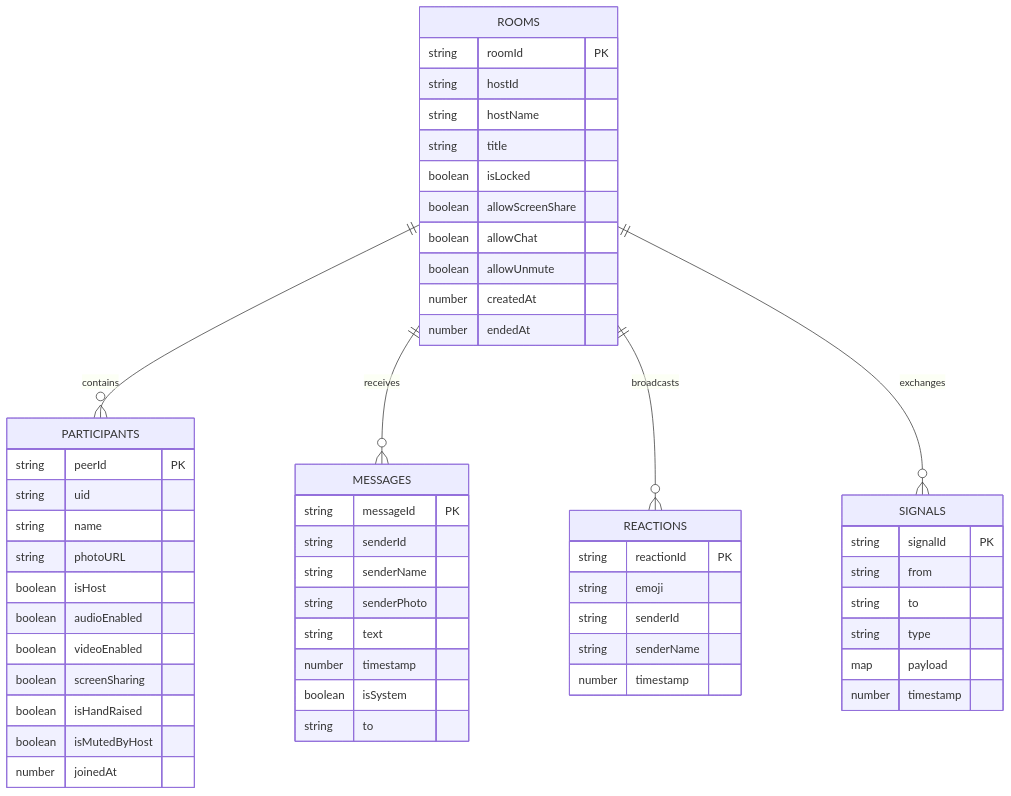
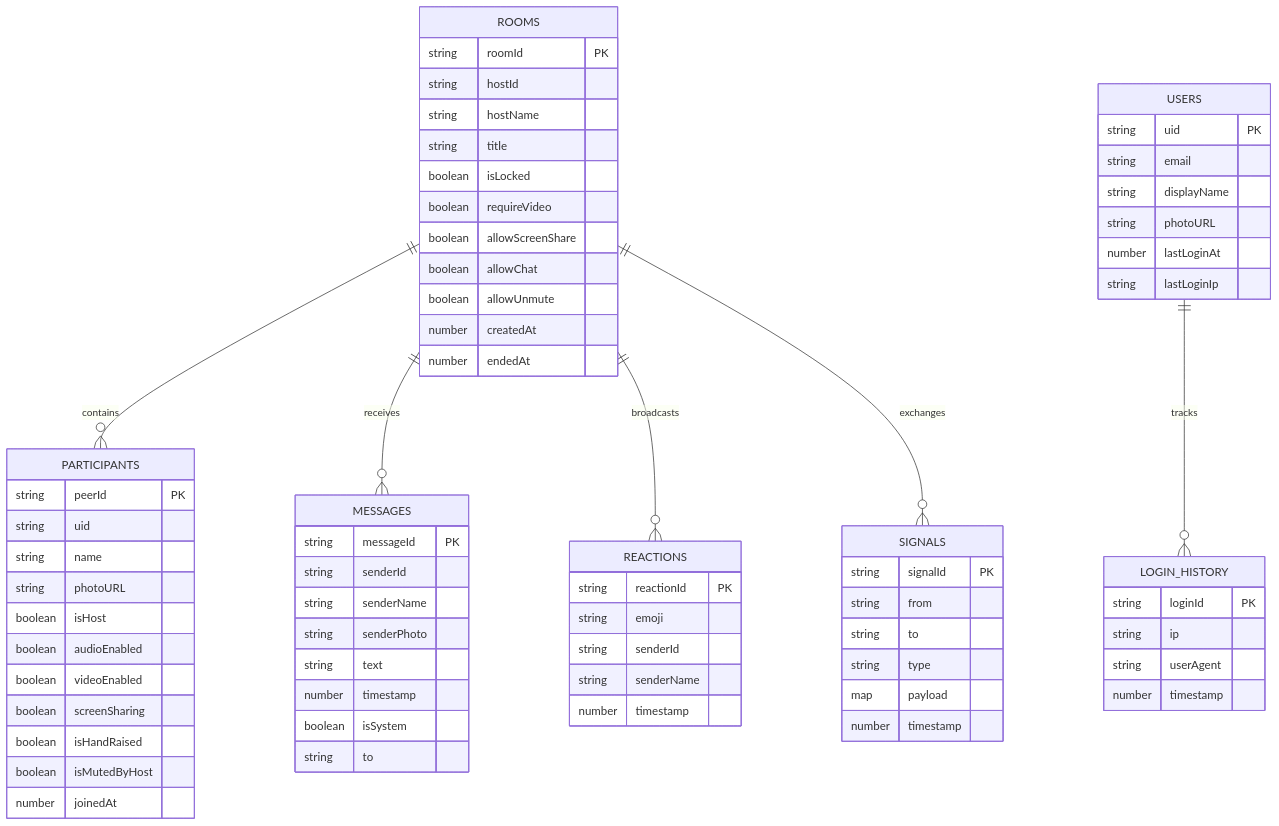
One commit to Harshjsh02/Sabha- changed the diagram in docs/DATABASE.md. Above: the diagram before and after it, drawn with Mermaid. The commit also changed other lines of this file and 13 other files, not shown here.

````diff
--- a/docs/DATABASE.md
+++ b/docs/DATABASE.md
@@ -20,62 +20,80 @@
 ```mermaid
 erDiagram
     ROOMS ||--o{ PARTICIPANTS : "contains"
     ROOMS ||--o{ MESSAGES : "receives"
     ROOMS ||--o{ REACTIONS : "broadcasts"
     ROOMS ||--o{ SIGNALS : "exchanges"
+    USERS ||--o{ LOGIN_HISTORY : "tracks"
 
     ROOMS {
         string roomId PK
         string hostId
         string hostName
         string title
         boolean isLocked
+        boolean requireVideo
         boolean allowScreenShare
         boolean allowChat
         boolean allowUnmute
         number createdAt
         number endedAt
+    }
+
+    USERS {
+        string uid PK
+        string email
+        string displayName
+        string photoURL
+        number lastLoginAt
+        string lastLoginIp
+    }
+
+    LOGIN_HISTORY {
+        string loginId PK
+        string ip
+        string userAgent
+        number timestamp
     }
 
     PARTICIPANTS {
         string peerId PK
         string uid
         string name
         string photoURL
         boolean isHost
         boolean audioEnabled
         boolean videoEnabled
         boolean screenSharing
         boolean isHandRaised
         boolean isMutedByHost
         number joinedAt
     }
 
     MESSAGES {
         string messageId PK
         string senderId
         string senderName
         string senderPhoto
         string text
         number timestamp
         boolean isSystem
         string to
     }
 
     REACTIONS {
         string reactionId PK
         string emoji
         string senderId
         string senderName
         number timestamp
     }
 
     SIGNALS {
         string signalId PK
         string from
         string to
         string type
         map payload
         number timestamp
     }
 ```
````
